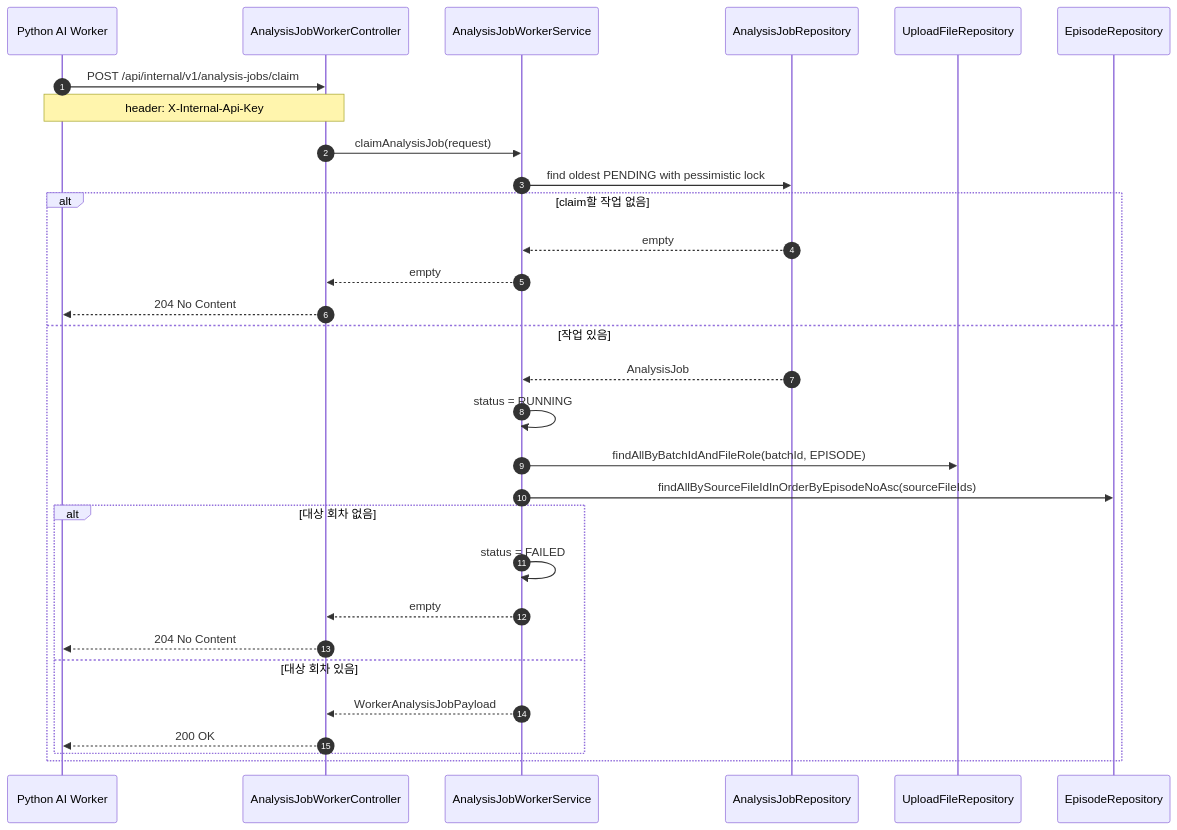
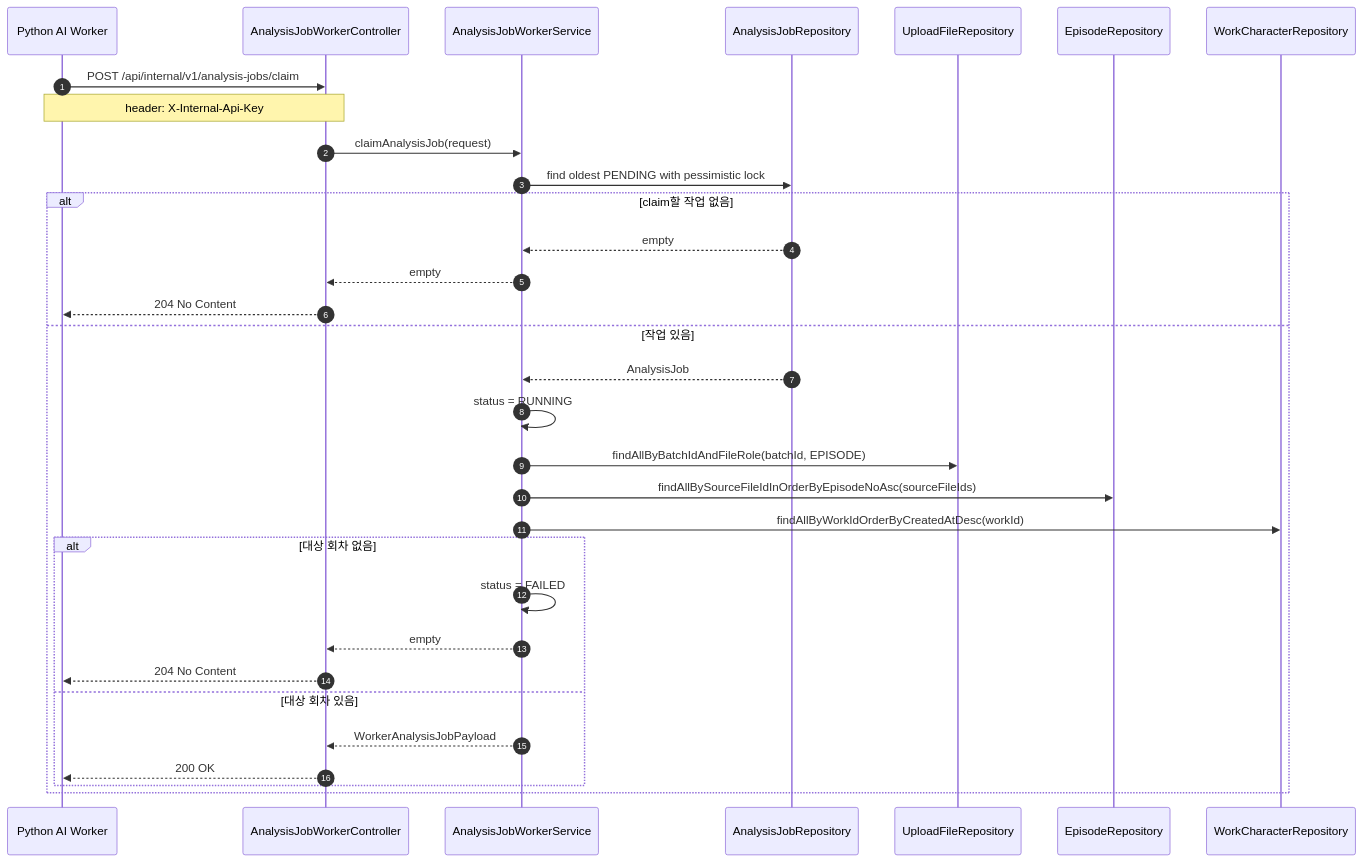
Before and after one commit to catchhole-soma/catchhole-backend-java: the eighth of 9 diagrams in docs/analysis-workflow.md, drawn with Mermaid. The commit also changed other lines of this file and 2 other files, not shown here.

````diff
--- a/docs/analysis-workflow.md
+++ b/docs/analysis-workflow.md
@@ -193,33 +216,35 @@
 ```mermaid
 sequenceDiagram
     autonumber
     participant Worker as Python AI Worker
     participant Controller as AnalysisJobWorkerController
     participant Service as AnalysisJobWorkerService
     participant JobRepo as AnalysisJobRepository
     participant UploadRepo as UploadFileRepository
     participant EpisodeRepo as EpisodeRepository
+    participant CharacterRepo as WorkCharacterRepository
 
     Worker->>Controller: POST /api/internal/v1/analysis-jobs/claim
     Note over Worker,Controller: header: X-Internal-Api-Key
     Controller->>Service: claimAnalysisJob(request)
     Service->>JobRepo: find oldest PENDING with pessimistic lock
     alt claim할 작업 없음
         JobRepo-->>Service: empty
         Service-->>Controller: empty
         Controller-->>Worker: 204 No Content
     else 작업 있음
         JobRepo-->>Service: AnalysisJob
         Service->>Service: status = RUNNING
         Service->>UploadRepo: findAllByBatchIdAndFileRole(batchId, EPISODE)
         Service->>EpisodeRepo: findAllBySourceFileIdInOrderByEpisodeNoAsc(sourceFileIds)
+        Service->>CharacterRepo: findAllByWorkIdOrderByCreatedAtDesc(workId)
         alt 대상 회차 없음
             Service->>Service: status = FAILED
             Service-->>Controller: empty
             Controller-->>Worker: 204 No Content
         else 대상 회차 있음
             Service-->>Controller: WorkerAnalysisJobPayload
             Controller-->>Worker: 200 OK
         end
     end
 ```
````
